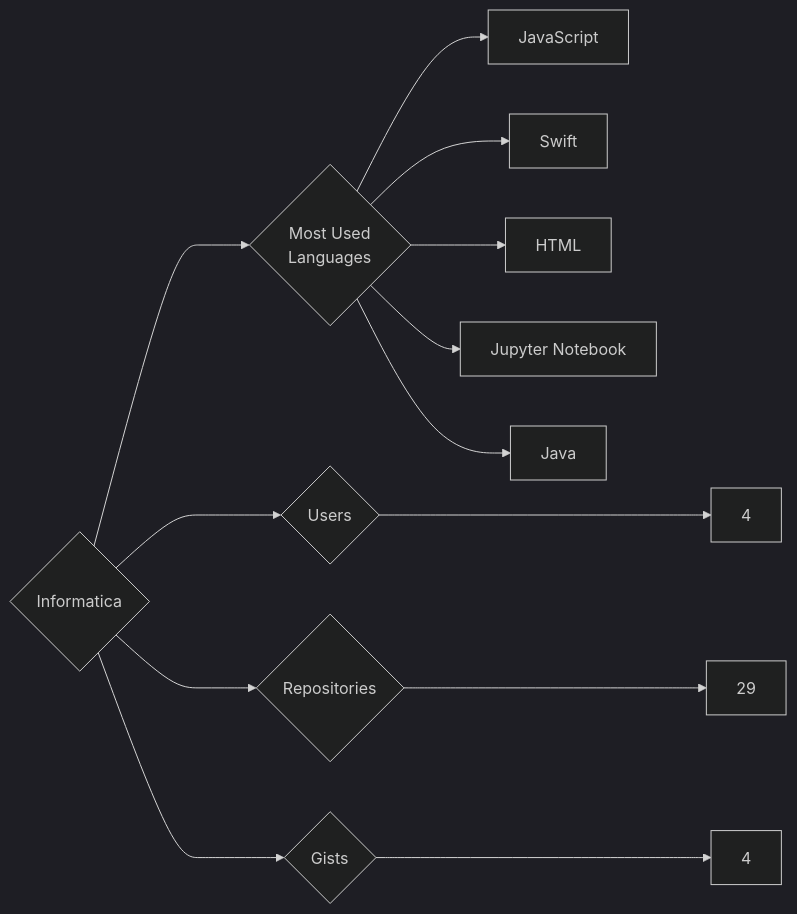
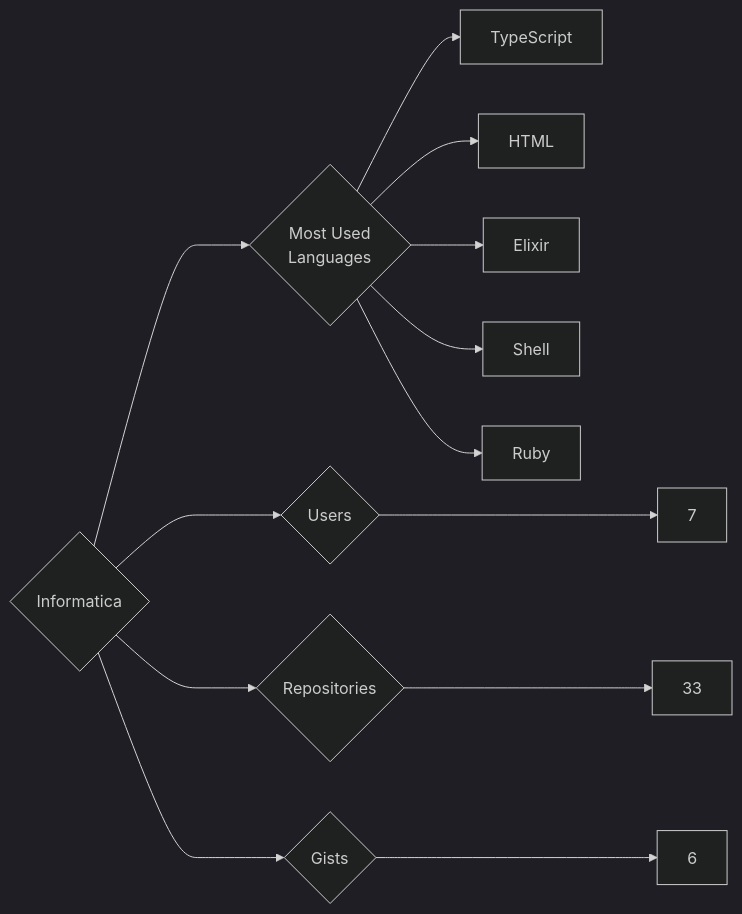
One commit to trickest/insiders changed the diagram in targets/Informatica/README.md. Above: the diagram before and after it, drawn with Mermaid (dark theme). The commit also changed 721 other files, not shown here.

````diff
--- a/targets/Informatica/README.md
+++ b/targets/Informatica/README.md
@@ -3,13 +3,13 @@
 ```mermaid
 graph LR
 COMPANY_NAME{Informatica}
-COMPANY_NAME ---> U{Users} ---> UN[4]
-COMPANY_NAME ---> R{Repositories} ---> RN[29]
-COMPANY_NAME ---> G{Gists} ---> GN[4]
+COMPANY_NAME ---> U{Users} ---> UN[7]
+COMPANY_NAME ---> R{Repositories} ---> RN[33]
+COMPANY_NAME ---> G{Gists} ---> GN[6]
 COMPANY_NAME ---> ML{Most Used<br>Languages}
-ML --> JavaScript[JavaScript]
-ML --> Swift[Swift]
+ML --> TypeScript[TypeScript]
 ML --> HTML[HTML]
-ML --> Jupyter_Notebook[Jupyter Notebook]
-ML --> Java[Java]
+ML --> Elixir[Elixir]
+ML --> Shell[Shell]
+ML --> Ruby[Ruby]
 ```
````
